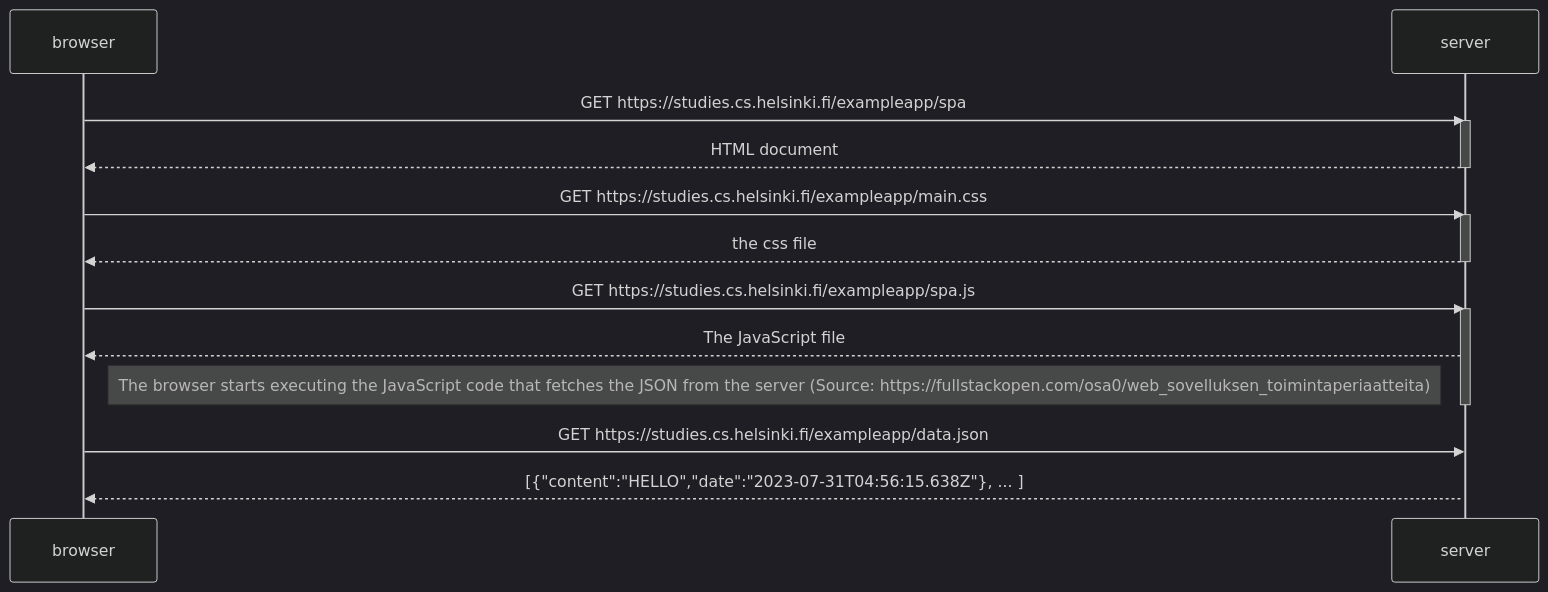
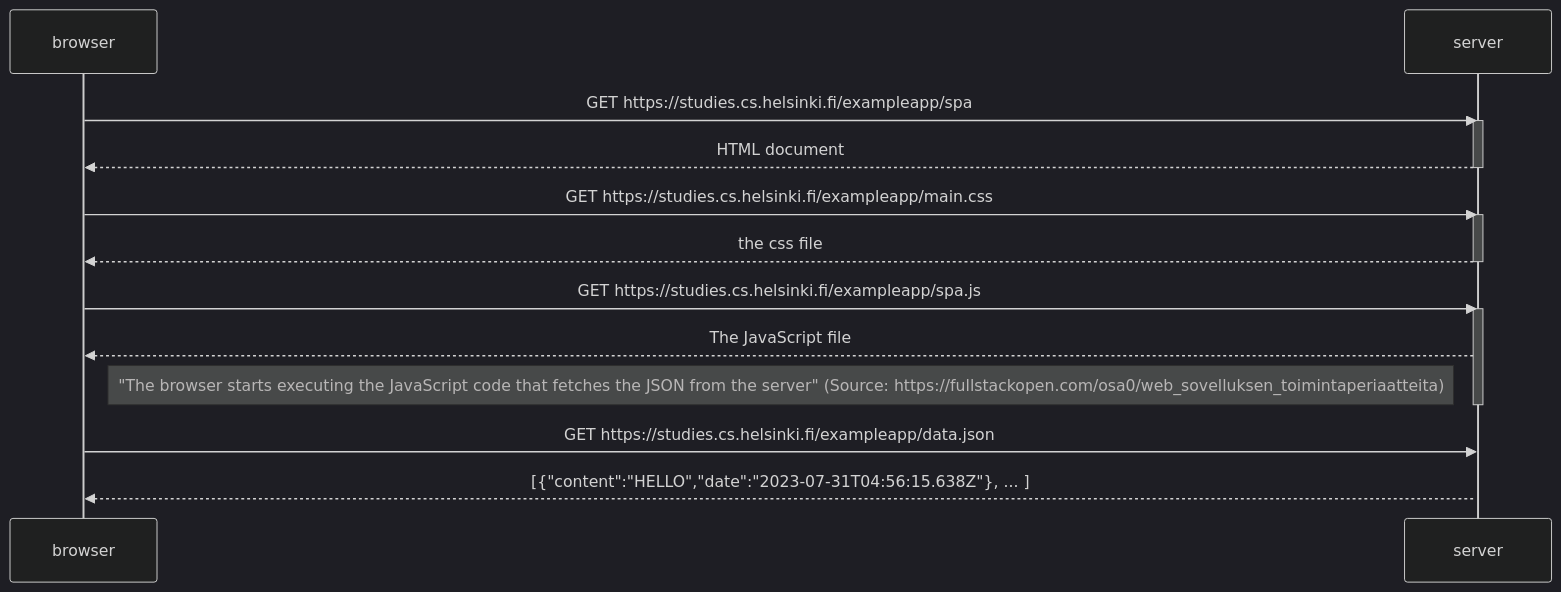
The diagram in 05.md (alelikak/fullstackopen), drawn with Mermaid (dark theme) before and after one commit.

````diff
--- a/05.md
+++ b/05.md
@@ -1,28 +1,28 @@
 ```mermaid
 sequenceDiagram
     participant browser
     participant server
     
     browser->>server: GET https://studies.cs.helsinki.fi/exampleapp/spa
     activate server
     server-->>browser: HTML document
     deactivate server
     
     browser->>server: GET https://studies.cs.helsinki.fi/exampleapp/main.css
     activate server
     server-->>browser: the css file
     deactivate server
     
     browser->>server: GET  https://studies.cs.helsinki.fi/exampleapp/spa.js
     activate server
     server-->>browser: The JavaScript file
-    Note right of browser: The browser starts executing the JavaScript code that fetches the JSON from the server (Source: https://fullstackopen.com/osa0/web_sovelluksen_toimintaperiaatteita)
+    Note right of browser: "The browser starts executing the JavaScript code that fetches the JSON from the server" (Source: https://fullstackopen.com/osa0/web_sovelluksen_toimintaperiaatteita)
     
     deactivate server    
 
     
 
     browser->>server: GET https://studies.cs.helsinki.fi/exampleapp/data.json
     activate server
     server-->>browser: [{"content":"HELLO","date":"2023-07-31T04:56:15.638Z"}, ... ]
 ```
````
